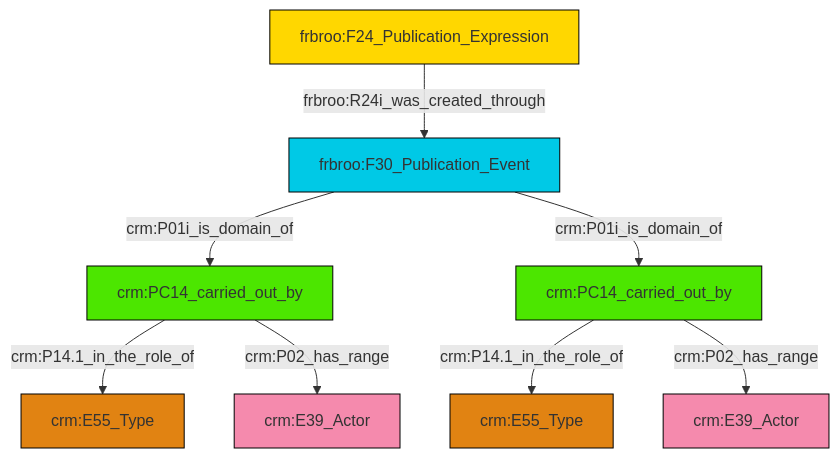
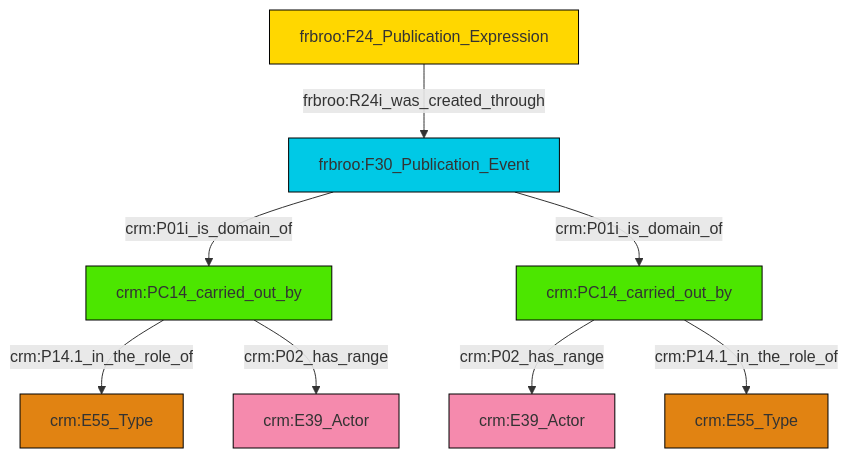
Before and after one commit to swiss-art-research-net/reference-data-models: the diagram in et/biblioCSV/ttl/mmd/biblio_actor_relations.ttl.mmd, drawn with Mermaid. The commit also changed 125 other files, not shown here.

```diff
--- a/et/biblioCSV/ttl/mmd/biblio_actor_relations.ttl.mmd
+++ b/et/biblioCSV/ttl/mmd/biblio_actor_relations.ttl.mmd
@@ -1,22 +1,22 @@
 graph TD
 classDef Literal fill:#f2f2f2,stroke:#000000;
 classDef CRM_Entity fill:#FFFFFF,stroke:#000000;
 classDef Temporal_Entity fill:#00C9E6, stroke:#000000;
 classDef Type fill:#E18312, stroke:#000000;
 classDef Time-Span fill:#2C9C91, stroke:#000000;
 classDef Appellation fill:#FFEB7F, stroke:#000000;
 classDef Place fill:#008836, stroke:#000000;
 classDef Persistent_Item fill:#B266B2, stroke:#000000;
 classDef Conceptual_Object fill:#FFD700, stroke:#000000;
 classDef Physical_Thing fill:#D2B48C, stroke:#000000;
 classDef Actor fill:#f58aad, stroke:#000000;
 classDef PC_Classes fill:#4ce600, stroke:#000000;
 classDef Multi fill:#cccccc,stroke:#000000;
 
-2["frbroo:F30_Publication_Event"]:::Temporal_Entity -->|crm:P01i_is_domain_of| 3["crm:PC14_carried_out_by"]:::PC_Classes
-2["frbroo:F30_Publication_Event"]:::Temporal_Entity -->|crm:P01i_is_domain_of| 4["crm:PC14_carried_out_by"]:::PC_Classes
-3["crm:PC14_carried_out_by"]:::PC_Classes -->|crm:P14.1_in_the_role_of| 5["crm:E55_Type"]:::Type
+2["frbroo:F30_Publication_Event"]:::Temporal_Entity -->|crm:P01i_is_domain_of| 0["crm:PC14_carried_out_by"]:::PC_Classes
 9["frbroo:F24_Publication_Expression"]:::Conceptual_Object -->|frbroo:R24i_was_created_through| 2["frbroo:F30_Publication_Event"]:::Temporal_Entity
-3["crm:PC14_carried_out_by"]:::PC_Classes -->|crm:P02_has_range| 12["crm:E39_Actor"]:::Actor
-4["crm:PC14_carried_out_by"]:::PC_Classes -->|crm:P14.1_in_the_role_of| 0["crm:E55_Type"]:::Type
-4["crm:PC14_carried_out_by"]:::PC_Classes -->|crm:P02_has_range| 7["crm:E39_Actor"]:::Actor
+10["crm:PC14_carried_out_by"]:::PC_Classes -->|crm:P02_has_range| 5["crm:E39_Actor"]:::Actor
+10["crm:PC14_carried_out_by"]:::PC_Classes -->|crm:P14.1_in_the_role_of| 3["crm:E55_Type"]:::Type
+2["frbroo:F30_Publication_Event"]:::Temporal_Entity -->|crm:P01i_is_domain_of| 10["crm:PC14_carried_out_by"]:::PC_Classes
+0["crm:PC14_carried_out_by"]:::PC_Classes -->|crm:P14.1_in_the_role_of| 12["crm:E55_Type"]:::Type
+0["crm:PC14_carried_out_by"]:::PC_Classes -->|crm:P02_has_range| 7["crm:E39_Actor"]:::Actor
```
